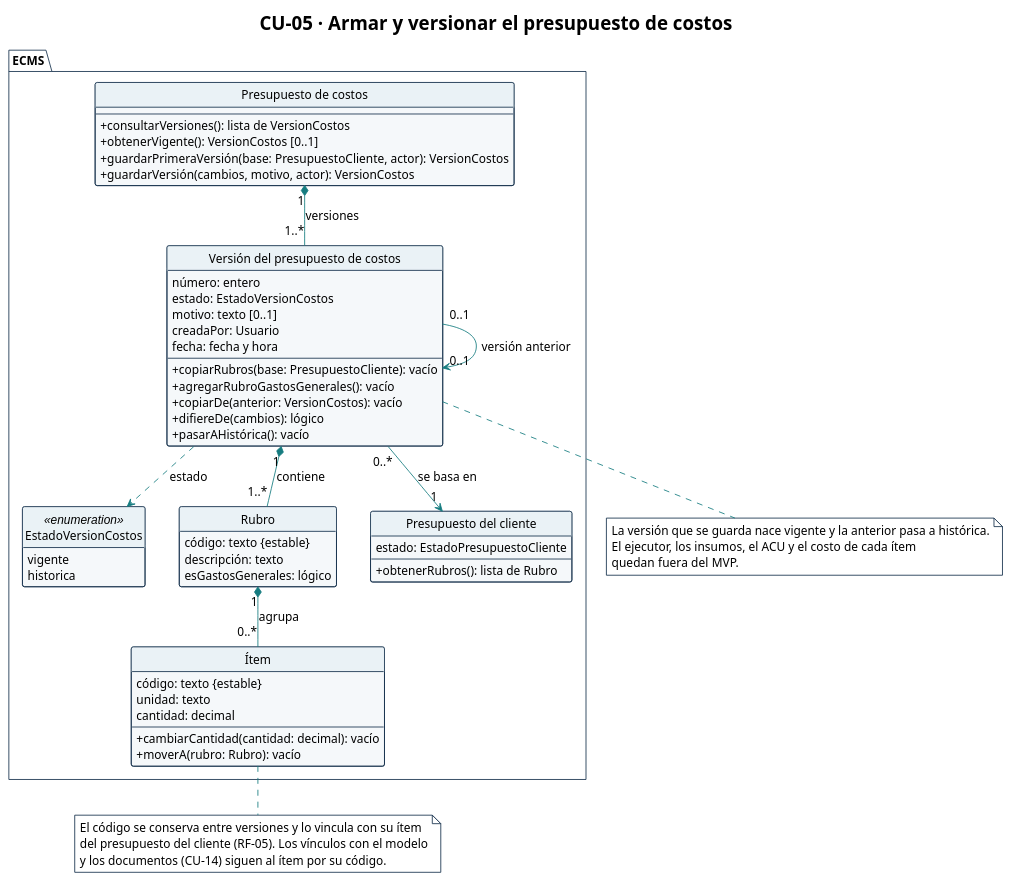
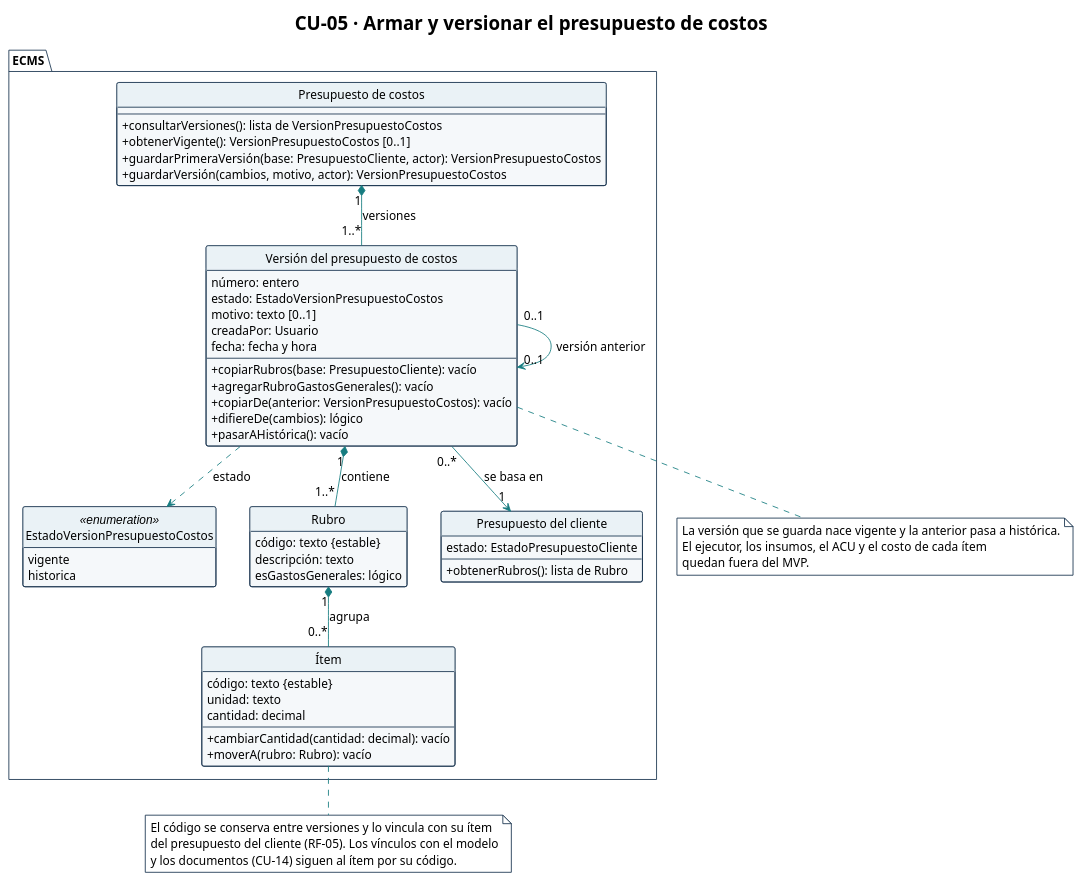
One commit to Ssrrb/tpf-uca changed the diagram in diagramas/CU-05-clases.puml. Above: the diagram before and after it, drawn with PlantUML. The commit also changed 9 other files, not shown here.

First line of the commit message:
Diagrama de subsistemas (TPC 07) y avance de la pasada de consistencia

```diff
--- a/diagramas/CU-05-clases.puml
+++ b/diagramas/CU-05-clases.puml
@@ -1,98 +1,98 @@
 @startuml
 !theme plain
 skinparam style strictuml
 title CU-05 · Armar y versionar el presupuesto de costos
 hide circle
 hide empty methods
 hide empty fields
 skinparam shadowing false
 skinparam classAttributeIconSize 0
 skinparam defaultFontName Arial
 skinparam defaultFontSize 14
 skinparam nodesep 40
 skinparam ranksep 50
 skinparam ArrowColor #167C80
 skinparam class {
   BackgroundColor #F5F8FA
   BorderColor #17324D
   HeaderBackgroundColor #EAF2F6
 }
 skinparam package {
   BackgroundColor #FFFFFF
   BorderColor #17324D
 }
 skinparam note {
   BackgroundColor #FFFFFF
   BorderColor #17324D
 }
 package "ECMS" {
   class "Presupuesto de costos" as PresupuestoCostos {
     --
-    + consultarVersiones(): lista de VersionCostos
-    + obtenerVigente(): VersionCostos [0..1]
-    + guardarPrimeraVersión(base: PresupuestoCliente, actor): VersionCostos
-    + guardarVersión(cambios, motivo, actor): VersionCostos
+    + consultarVersiones(): lista de VersionPresupuestoCostos
+    + obtenerVigente(): VersionPresupuestoCostos [0..1]
+    + guardarPrimeraVersión(base: PresupuestoCliente, actor): VersionPresupuestoCostos
+    + guardarVersión(cambios, motivo, actor): VersionPresupuestoCostos
   }
 
-  enum EstadoVersionCostos <<enumeration>> {
+  enum EstadoVersionPresupuestoCostos <<enumeration>> {
     vigente
     historica
   }
 
-  class "Versión del presupuesto de costos" as VersionCostos {
+  class "Versión del presupuesto de costos" as VersionPresupuestoCostos {
     número: entero
-    estado: EstadoVersionCostos
+    estado: EstadoVersionPresupuestoCostos
     motivo: texto [0..1]
     creadaPor: Usuario
     fecha: fecha y hora
     --
     + copiarRubros(base: PresupuestoCliente): vacío
     + agregarRubroGastosGenerales(): vacío
-    + copiarDe(anterior: VersionCostos): vacío
+    + copiarDe(anterior: VersionPresupuestoCostos): vacío
     + difiereDe(cambios): lógico
     + pasarAHistórica(): vacío
   }
 
   class Rubro {
     código: texto {estable}
     descripción: texto
     esGastosGenerales: lógico
   }
 
   class "Ítem" as Item {
     código: texto {estable}
     unidad: texto
     cantidad: decimal
     --
     + cambiarCantidad(cantidad: decimal): vacío
     + moverA(rubro: Rubro): vacío
   }
 
   class "Presupuesto del cliente" as PresupuestoCliente {
     estado: EstadoPresupuestoCliente
     --
     + obtenerRubros(): lista de Rubro
   }
 }
 
-PresupuestoCostos "1" *-- "1..*" VersionCostos : versiones
-VersionCostos "0..*" --> "1" PresupuestoCliente : se basa en
-VersionCostos "0..1" --> "0..1" VersionCostos : versión anterior
-VersionCostos "1" *-- "1..*" Rubro : contiene
+PresupuestoCostos "1" *-- "1..*" VersionPresupuestoCostos : versiones
+VersionPresupuestoCostos "0..*" --> "1" PresupuestoCliente : se basa en
+VersionPresupuestoCostos "0..1" --> "0..1" VersionPresupuestoCostos : versión anterior
+VersionPresupuestoCostos "1" *-- "1..*" Rubro : contiene
 Rubro "1" *-- "0..*" Item : agrupa
 
-VersionCostos ..> EstadoVersionCostos : estado
+VersionPresupuestoCostos ..> EstadoVersionPresupuestoCostos : estado
 
 note bottom of Item
   El código se conserva entre versiones y lo vincula con su ítem
   del presupuesto del cliente (RF-05). Los vínculos con el modelo
   y los documentos (CU-14) siguen al ítem por su código.
 end note
 
-note bottom of VersionCostos
+note bottom of VersionPresupuestoCostos
   La versión que se guarda nace vigente y la anterior pasa a histórica.
   El ejecutor, los insumos, el ACU y el costo de cada ítem
   quedan fuera del MVP.
 end note
 
 @enduml
```
